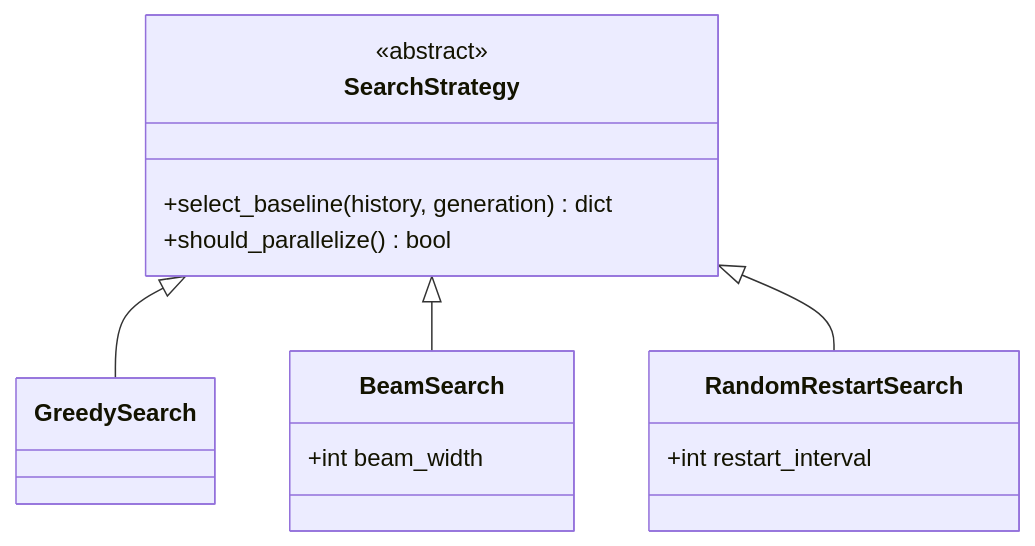
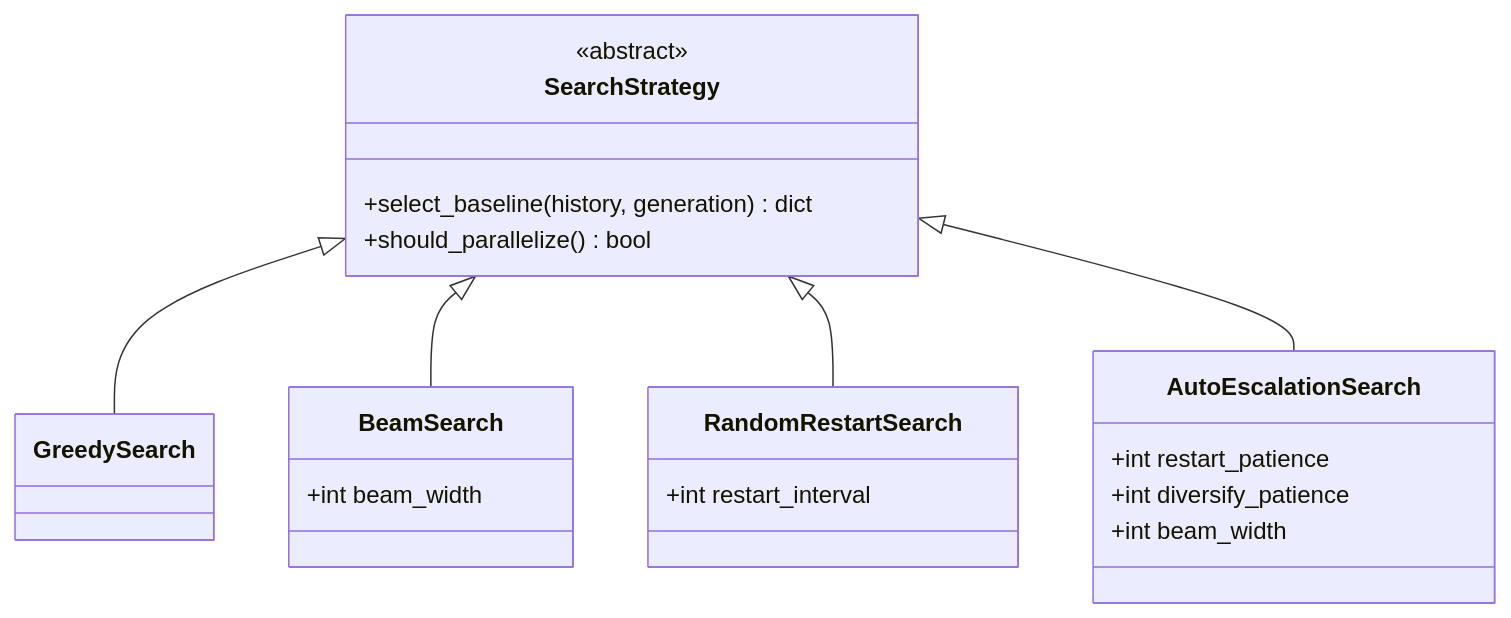
The second of 2 diagrams in docs/architecture/search-strategy.md (manashatwar/LoopBench-Optimizer), drawn with Mermaid before and after one commit. The commit also changed other lines of this file and 8 other files, not shown here.

Commit message:
feat(search): add deterministic auto-escalation strategy (default for loopbench run)

````diff
--- a/docs/architecture/search-strategy.md
+++ b/docs/architecture/search-strategy.md
@@ -32,18 +44,24 @@
 ```mermaid
 classDiagram
     class SearchStrategy {
       <<abstract>>
       +select_baseline(history, generation) dict
       +should_parallelize() bool
     }
     class GreedySearch
     class BeamSearch {
       +int beam_width
     }
     class RandomRestartSearch {
       +int restart_interval
     }
+    class AutoEscalationSearch {
+      +int restart_patience
+      +int diversify_patience
+      +int beam_width
+    }
     SearchStrategy <|-- GreedySearch
     SearchStrategy <|-- BeamSearch
     SearchStrategy <|-- RandomRestartSearch
+    SearchStrategy <|-- AutoEscalationSearch
 ```
````
